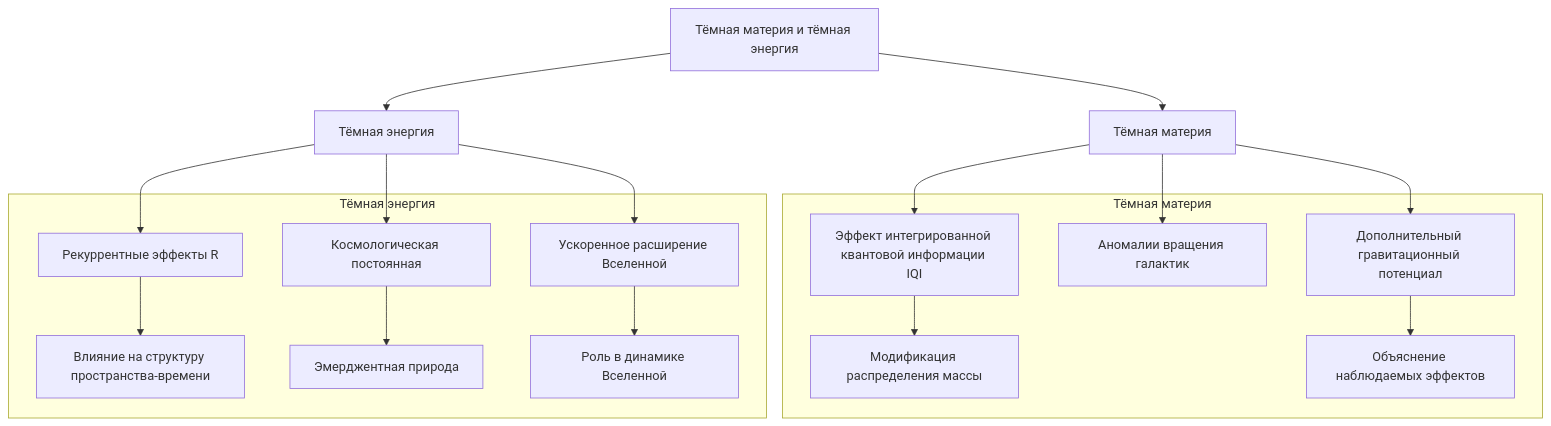
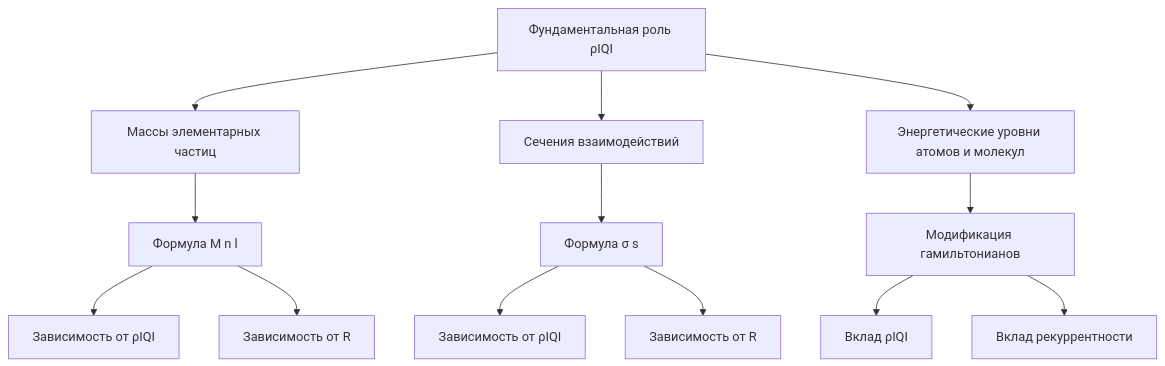
One commit to commeta/consciousness changed diagram 16 of 28 in The-Theory-of-Everything.md. Above: the diagram before and after it, drawn with Mermaid. The commit also changed other lines of this file, not shown here.

````diff
--- a/The-Theory-of-Everything.md
+++ b/The-Theory-of-Everything.md
@@ -847,37 +529,17 @@
 ```mermaid
-graph TB
-    A[Тёмная материя и тёмная энергия]
-    A --> B[Тёмная материя]
-    A --> C[Тёмная энергия]
+graph TD
+    A[Фундаментальная роль ρIQI] --> B[Массы элементарных частиц]
+    B --> C[Формула M n l]
+    C --> D[Зависимость от ρIQI]
+    C --> E[Зависимость от R]
+    
+    A --> F[Сечения взаимодействий]
+    F --> G[Формула σ s]
+    G --> H[Зависимость от ρIQI]
+    G --> I[Зависимость от R]
 
-    B --> D[Эффект интегрированной квантовой информации IQI]
-    B --> E[Аномалии вращения галактик]
-    B --> F[Дополнительный гравитационный потенциал]
-
-    C --> G[Рекуррентные эффекты R]
-    C --> H[Космологическая постоянная]
-    C --> I[Ускоренное расширение Вселенной]
-
-    D --> J[Модификация распределения массы]
-    F --> K[Объяснение наблюдаемых эффектов]
-    G --> L[Влияние на структуру пространства-времени]
-    H --> M[Эмерджентная природа]
-    I --> N[Роль в динамике Вселенной]
-
-    subgraph Тёмная материя
-        D
-        E
-        F
-        J
-        K
-    end
-
-    subgraph Тёмная энергия
-        G
-        H
-        I
-        L
-        M
-        N
-    end
+    A --> J[Энергетические уровни атомов и молекул]
+    J --> K[Модификация гамильтонианов]
+    K --> L[Вклад ρIQI]
+    K --> M[Вклад рекуррентности]
 ```
````
